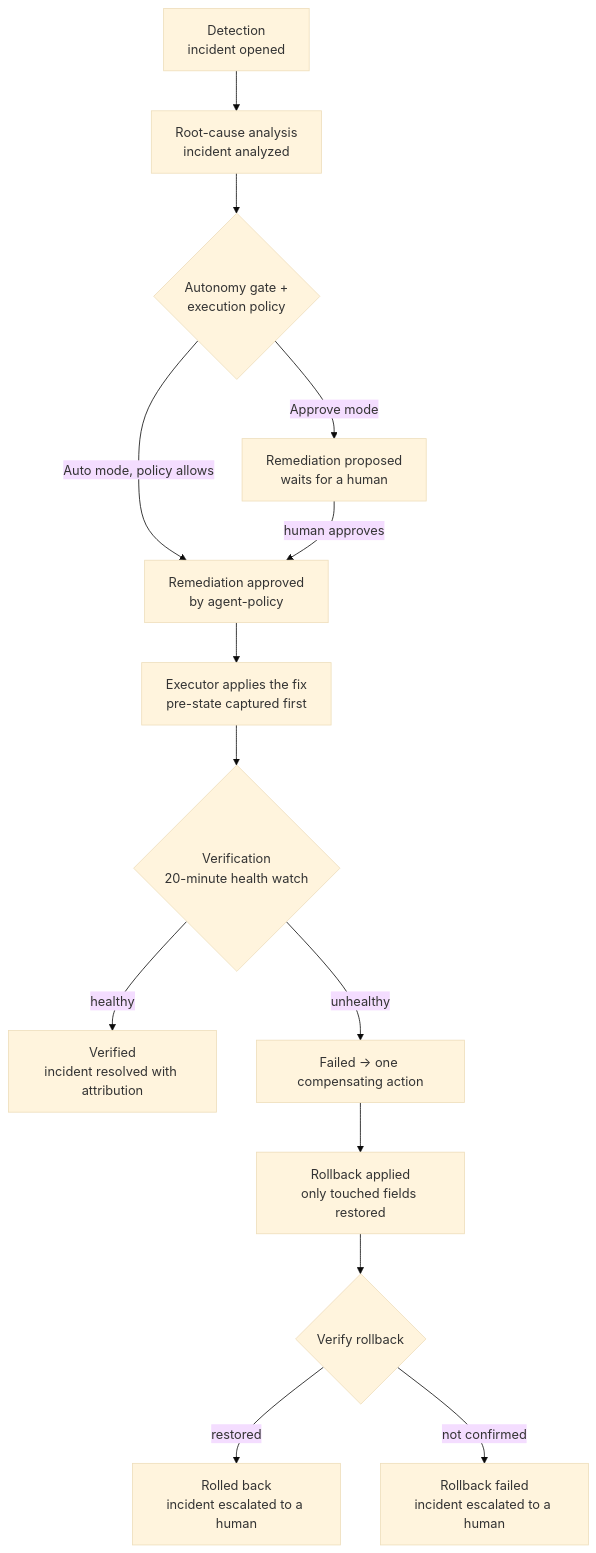
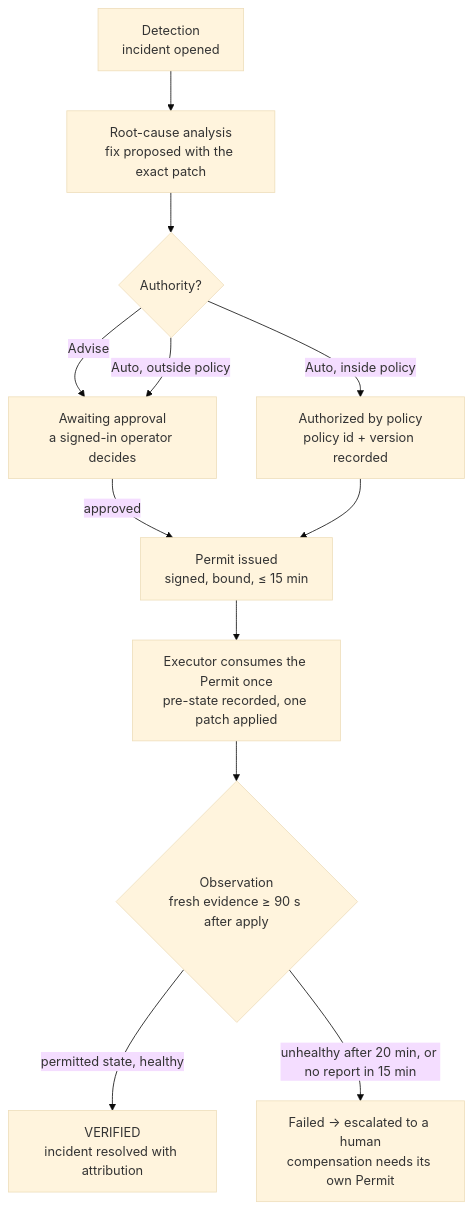
One commit to ChangeGuard-AI/docs changed the diagram in autonomy/overview.mdx. Above: the diagram before and after it, drawn with Mermaid (base theme). The commit also changed other lines of this file, not shown here.

````diff
--- a/autonomy/overview.mdx
+++ b/autonomy/overview.mdx
@@ -15,16 +14,14 @@
 ```mermaid
 flowchart TD
-    A[Detection<br/>incident opened] --> B[Root-cause analysis<br/>incident analyzed]
-    B --> C{Autonomy gate +<br/>execution policy}
-    C -->|Approve mode| D[Remediation proposed<br/>waits for a human]
-    C -->|Auto mode, policy allows| E[Remediation approved<br/>by agent-policy]
-    D -->|human approves| E
-    E --> F[Executor applies the fix<br/>pre-state captured first]
-    F --> G{Verification<br/>20-minute health watch}
-    G -->|healthy| H[Verified<br/>incident resolved with attribution]
-    G -->|unhealthy| I[Failed -> one compensating action]
-    I --> J[Rollback applied<br/>only touched fields restored]
-    J --> K{Verify rollback}
-    K -->|restored| L[Rolled back<br/>incident escalated to a human]
-    K -->|not confirmed| M[Rollback failed<br/>incident escalated to a human]
+    A[Detection<br/>incident opened] --> B[Root-cause analysis<br/>fix proposed with the exact patch]
+    B --> C{Authority?}
+    C -->|Advise| D[Awaiting approval<br/>a signed-in operator decides]
+    C -->|Auto, inside policy| E[Authorized by policy<br/>policy id + version recorded]
+    C -->|Auto, outside policy| D
+    D -->|approved| F[Permit issued<br/>signed, bound, ≤ 15 min]
+    E --> F
+    F --> G[Executor consumes the Permit once<br/>pre-state recorded, one patch applied]
+    G --> H{Observation<br/>fresh evidence ≥ 90 s after apply}
+    H -->|permitted state, healthy| I[VERIFIED<br/>incident resolved with attribution]
+    H -->|unhealthy after 20 min, or no report in 15 min| J[Failed → escalated to a human<br/>compensation needs its own Permit]
 ```
````
